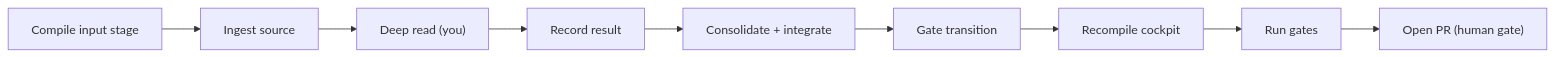
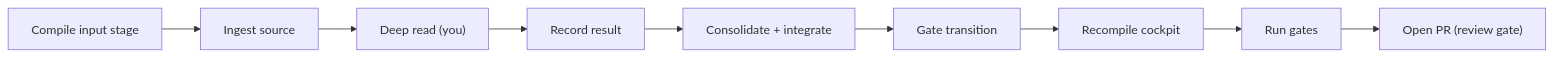
One commit to kimlage/wiki-viva-kit changed the diagram in .skills/wiki-viva/reference/operating.md. Above: the diagram before and after it, drawn with Mermaid. The commit also changed other lines of this file and 34 other files, not shown here.

````diff
--- a/.skills/wiki-viva/reference/operating.md
+++ b/.skills/wiki-viva/reference/operating.md
@@ -8,11 +8,11 @@
 ```mermaid
 flowchart LR
     S["Compile input stage"] --> A["Ingest source"]
     A --> B["Deep read (you)"]
     B --> C["Record result"]
     C --> CI["Consolidate + integrate"]
     CI --> D["Gate transition"]
     D --> E["Recompile cockpit"]
     E --> F["Run gates"]
-    F --> G["Open PR (human gate)"]
+    F --> G["Open PR (review gate)"]
 ```
````
